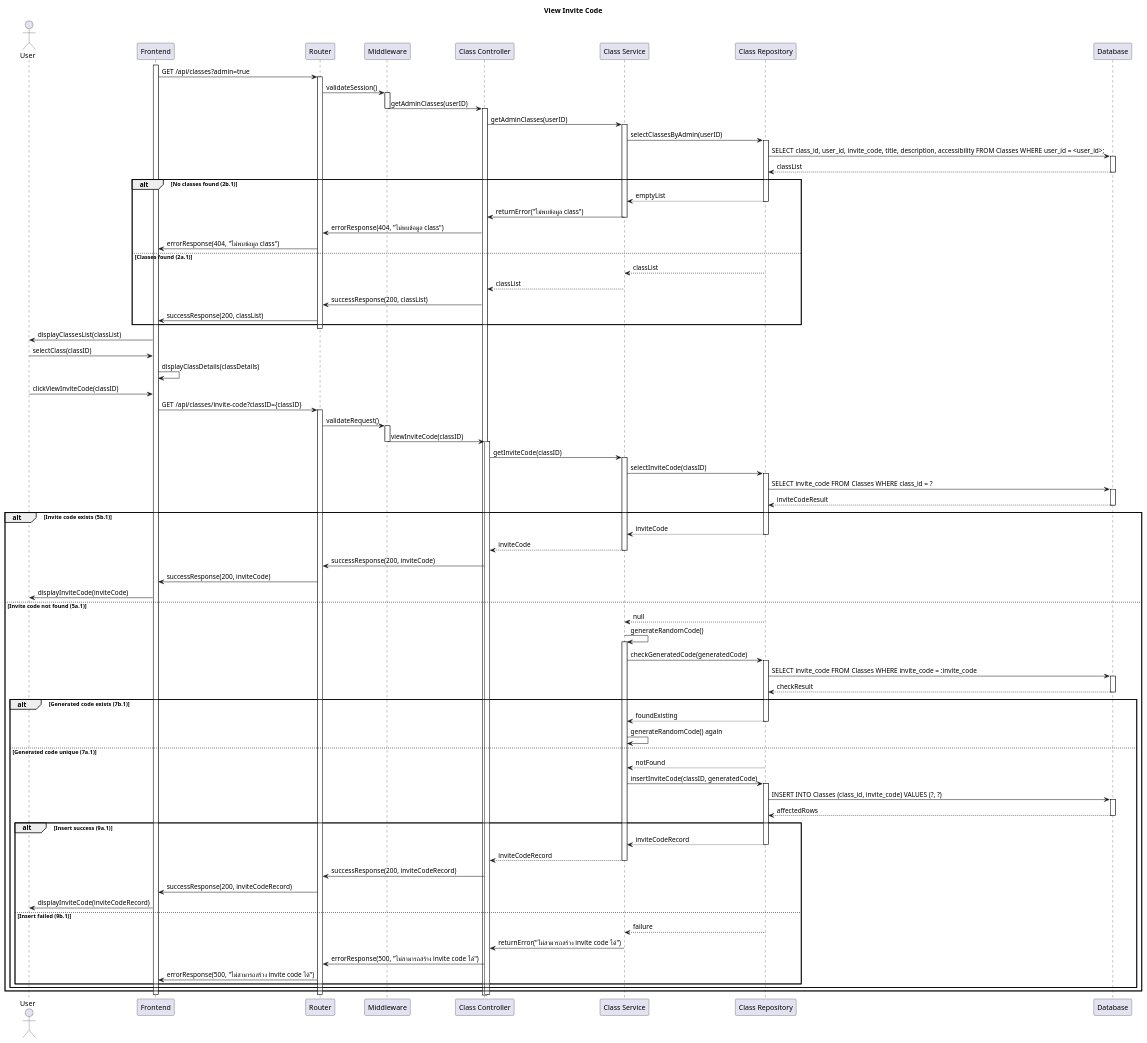
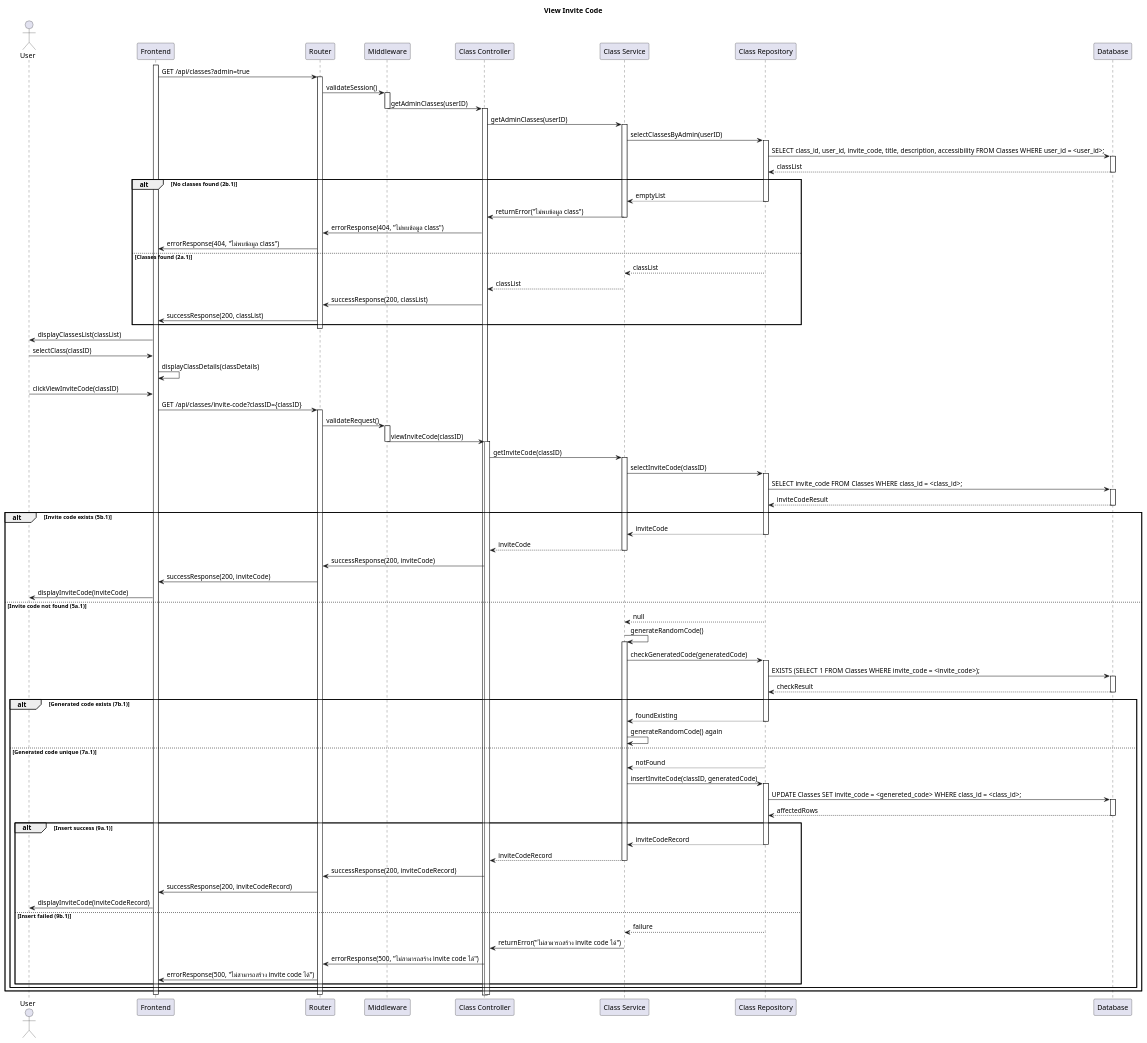
One commit to CS371-Project-Management/CS371-Sequence-Diagram changed the diagram in SD12-View-Invite-Code.puml. Above: the diagram before and after it, drawn with PlantUML. The commit also changed 5 other files, not shown here.

```diff
--- a/SD12-View-Invite-Code.puml
+++ b/SD12-View-Invite-Code.puml
@@ -1,123 +1,123 @@
 @startuml
 title View Invite Code
 
 actor User
 participant "Frontend" as FE
 participant Router
 participant "Middleware" as MW
 participant "Class Controller" as Controller
 participant "Class Service" as Service
 participant "Class Repository" as Repository
 participant "Database" as DB
 
 'Phase 1: Retrieve Admin Classes'
 activate FE
 FE -> Router: GET /api/classes?admin=true
 activate Router
 Router -> MW: validateSession()
 activate MW
 MW -> Controller: getAdminClasses(userID)
 deactivate MW
 activate Controller
 Controller -> Service: getAdminClasses(userID)
 activate Service
 Service -> Repository: selectClassesByAdmin(userID)
 activate Repository
 Repository -> DB: SELECT class_id, user_id, invite_code, title, description, accessibility FROM Classes WHERE user_id = <user_id>;
 activate DB
 DB --> Repository: classList
 deactivate DB
 alt No classes found (2b.1)
     Repository --> Service: emptyList
     deactivate Repository
     Service -> Controller: returnError("ไม่พบข้อมูล class")
     deactivate Service
     Controller -> Router: errorResponse(404, "ไม่พบข้อมูล class")
     Router -> FE: errorResponse(404, "ไม่พบข้อมูล class")
 else Classes found (2a.1)
     Repository --> Service: classList
     deactivate Repository
     Service --> Controller: classList
     deactivate Service
     Controller -> Router: successResponse(200, classList)
     Router -> FE: successResponse(200, classList)
 end
 deactivate Router
 FE -> User: displayClassesList(classList)
 
 'Phase 2: User selects class and clicks View Invite Code'
 User -> FE: selectClass(classID)
 FE -> FE: displayClassDetails(classDetails)
 User -> FE: clickViewInviteCode(classID)
 FE -> Router: GET /api/classes/invite-code?classID={classID}
 activate Router
 Router -> MW: validateRequest()
 activate MW
 MW -> Controller: viewInviteCode(classID)
 deactivate MW
 activate Controller
 Controller -> Service: getInviteCode(classID)
 activate Service
 Service -> Repository: selectInviteCode(classID)
 activate Repository
-Repository -> DB: SELECT invite_code FROM Classes WHERE class_id = ?
+Repository -> DB: SELECT invite_code FROM Classes WHERE class_id = <class_id>;
 activate DB
 DB --> Repository: inviteCodeResult
 deactivate DB
 alt Invite code exists (5b.1)
     Repository --> Service: inviteCode
     deactivate Repository
     Service --> Controller: inviteCode
     deactivate Service
     Controller -> Router: successResponse(200, inviteCode)
     Router -> FE: successResponse(200, inviteCode)
     FE -> User: displayInviteCode(inviteCode)
 else Invite code not found (5a.1)
     Repository --> Service: null
     deactivate Repository
     'Generate new invite code'
     Service -> Service: generateRandomCode()
     activate Service
     Service -> Repository: checkGeneratedCode(generatedCode)
     activate Repository
-    Repository -> DB: SELECT invite_code FROM Classes WHERE invite_code = :invite_code
+    Repository -> DB: EXISTS (SELECT 1 FROM Classes WHERE invite_code = <invite_code>);
     activate DB
     DB --> Repository: checkResult
     deactivate DB
     alt Generated code exists (7b.1)
         Repository --> Service: foundExisting
         deactivate Repository
         Service -> Service: generateRandomCode() again
         'Loop back to checking generated code'
     else Generated code unique (7a.1)
         Repository --> Service: notFound
         deactivate Repository
         Service -> Repository: insertInviteCode(classID, generatedCode)
         activate Repository
-        Repository -> DB: INSERT INTO Classes (class_id, invite_code) VALUES (?, ?)
+        Repository -> DB: UPDATE Classes SET invite_code = <genereted_code> WHERE class_id = <class_id>;
         activate DB
         DB --> Repository: affectedRows
         deactivate DB
         alt Insert success (9a.1)
             Repository --> Service: inviteCodeRecord
             deactivate Repository
             Service --> Controller: inviteCodeRecord
             deactivate Service
             Controller -> Router: successResponse(200, inviteCodeRecord)
             Router -> FE: successResponse(200, inviteCodeRecord)
             FE -> User: displayInviteCode(inviteCodeRecord)
         else Insert failed (9b.1)
             Repository --> Service: failure
             deactivate Repository
             Service -> Controller: returnError("ไม่สามารถสร้าง invite code ได้")
             deactivate Service
             Controller -> Router: errorResponse(500, "ไม่สามารถสร้าง invite code ได้")
             Router -> FE: errorResponse(500, "ไม่สามารถสร้าง invite code ได้")
         end
     end
 end
 deactivate Controller
 deactivate Router
 deactivate FE
 
 @enduml
```
